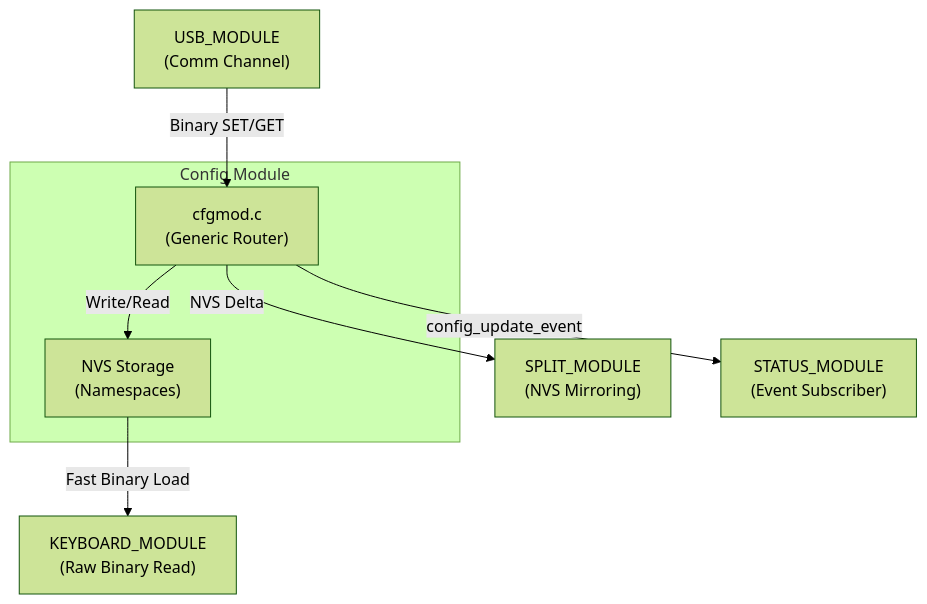
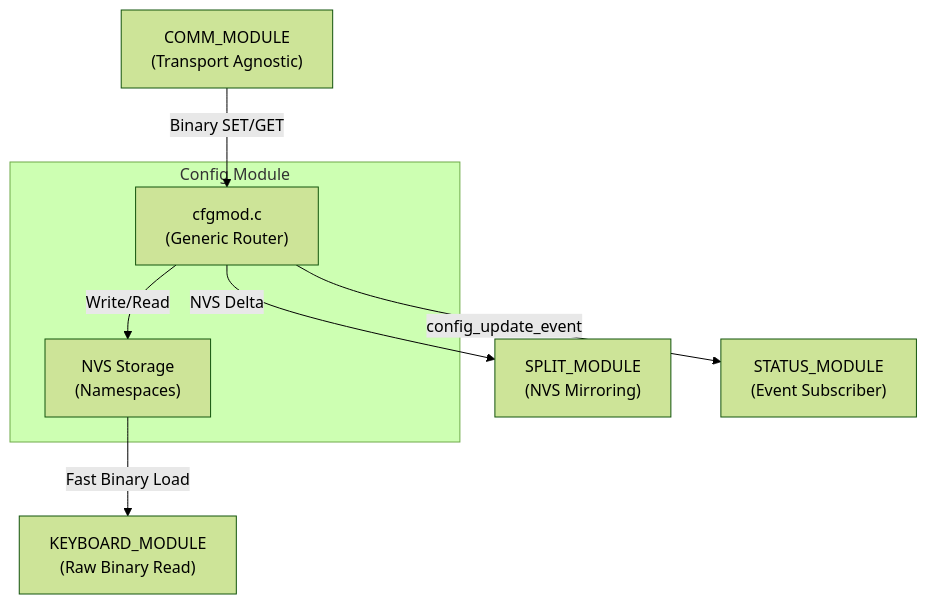
The diagram in components/config_module/CONFIG_MODULE.md (frentuka/Tecleados-ESP-Firmware), drawn with Mermaid (forest theme) before and after one commit. The commit also changed other lines of this file and 4 other files, not shown here.

````diff
--- a/components/config_module/CONFIG_MODULE.md
+++ b/components/config_module/CONFIG_MODULE.md
@@ -89,19 +89,19 @@
 ```mermaid
 graph TD
     subgraph config_module ["Config Module"]
         CM["cfgmod.c<br/>(Generic Router)"]
         NVS["NVS Storage<br/>(Namespaces)"]
     end
 
-    USB["USB_MODULE<br/>(Comm Channel)"]
+    COMM["COMM_MODULE<br/>(Transport Agnostic)"]
     KB["KEYBOARD_MODULE<br/>(Raw Binary Read)"]
     SPLIT["SPLIT_MODULE<br/>(NVS Mirroring)"]
     STATUS["STATUS_MODULE<br/>(Event Subscriber)"]
 
-    USB -- "Binary SET/GET" --> CM
+    COMM -- "Binary SET/GET" --> CM
     CM -- "Write/Read" --> NVS
     
     NVS -- "Fast Binary Load" --> KB
     CM -- "config_update_event" --> STATUS
     CM -- "NVS Delta" --> SPLIT
 ```
````
